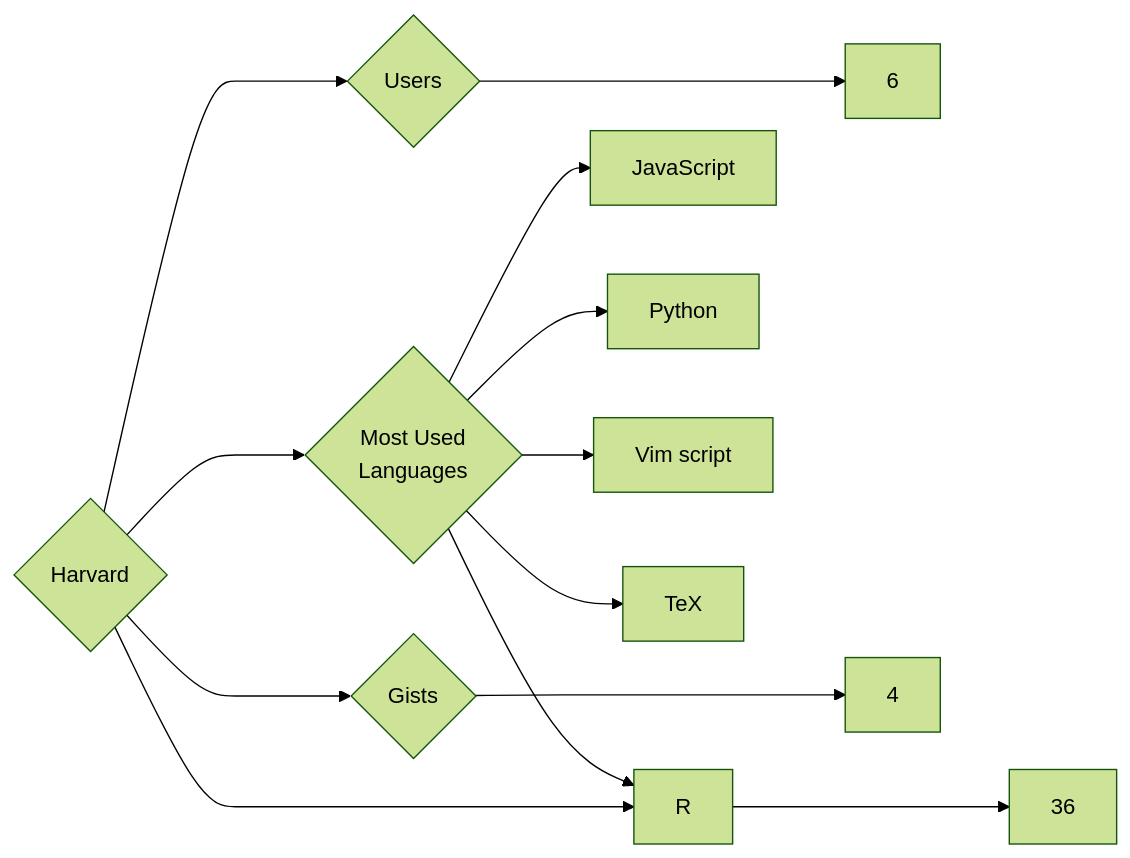
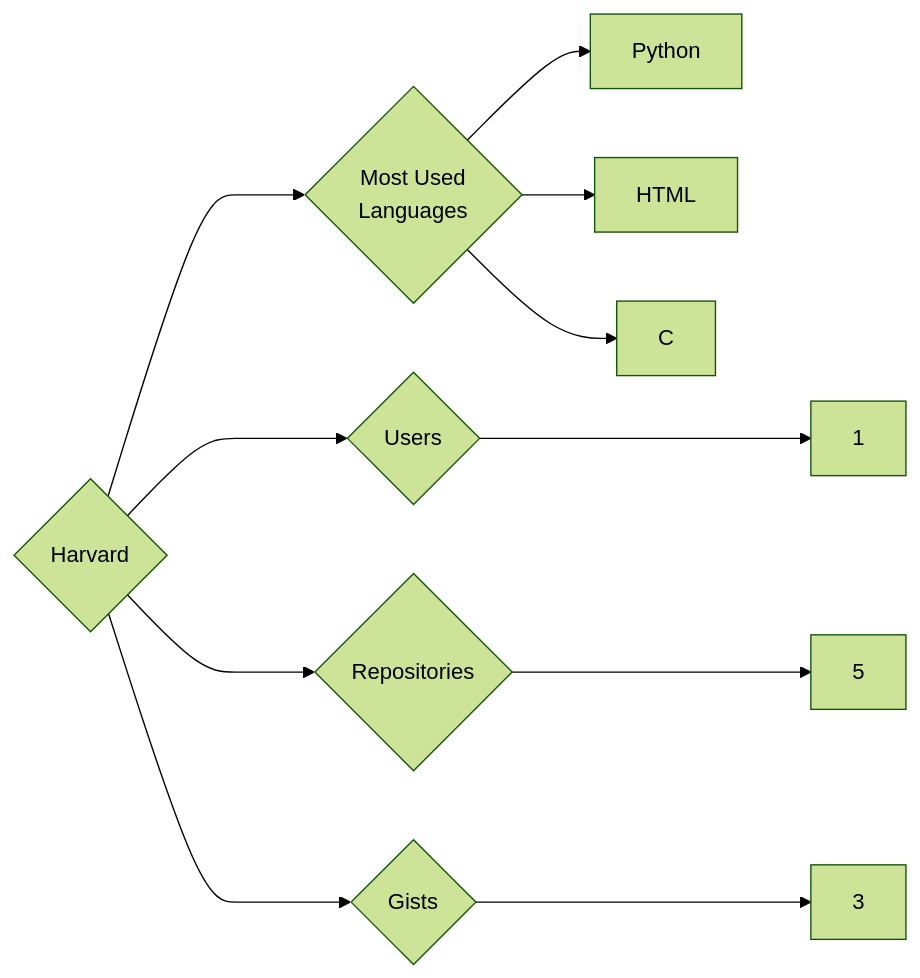
One commit to trickest/insiders changed the diagram in targets/Harvard/README.md. Above: the diagram before and after it, drawn with Mermaid (forest theme). The commit also changed 809 other files, not shown here.

````diff
--- a/targets/Harvard/README.md
+++ b/targets/Harvard/README.md
@@ -3,13 +3,11 @@
 ```mermaid
 graph LR
 COMPANY_NAME{Harvard}
-COMPANY_NAME ---> U{Users} ---> UN[6]
-COMPANY_NAME ---> R{Repositories} ---> RN[36]
-COMPANY_NAME ---> G{Gists} ---> GN[4]
+COMPANY_NAME ---> U{Users} ---> UN[1]
+COMPANY_NAME ---> R{Repositories} ---> RN[5]
+COMPANY_NAME ---> G{Gists} ---> GN[3]
 COMPANY_NAME ---> ML{Most Used<br>Languages}
-ML --> JavaScript[JavaScript]
 ML --> Python[Python]
-ML --> R[R]
-ML --> Vim_script[Vim script]
-ML --> TeX[TeX]
+ML --> HTML[HTML]
+ML --> C[C]
 ```
````
